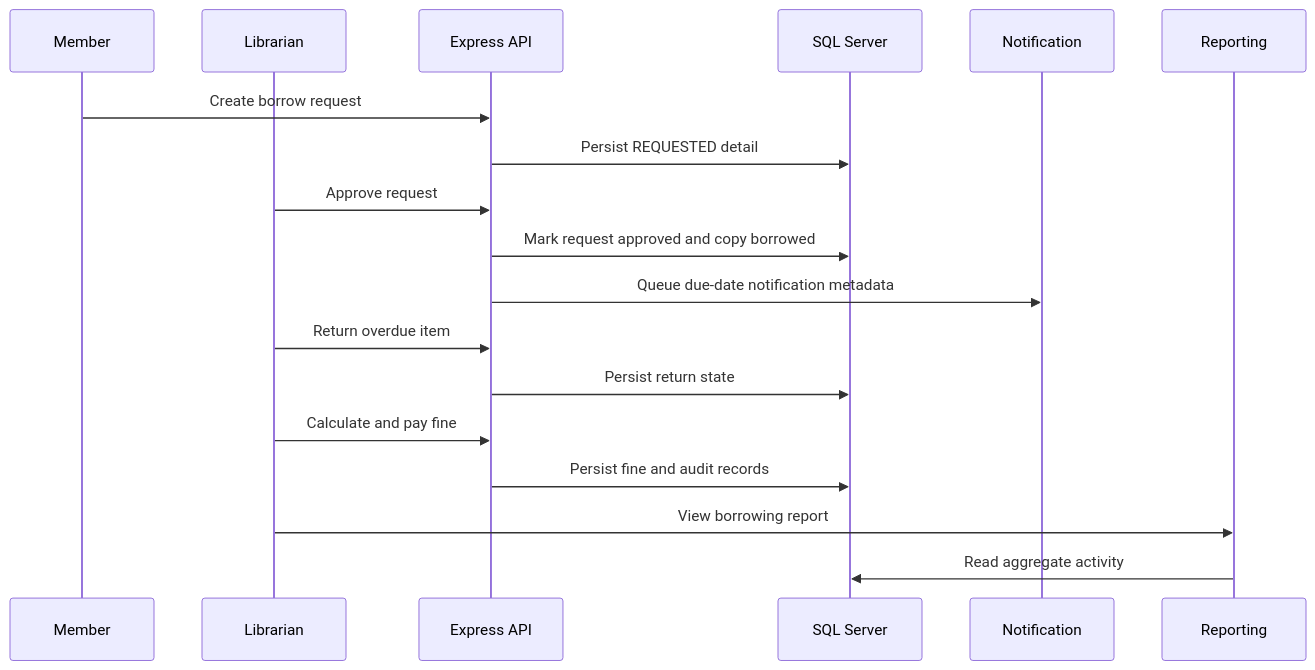
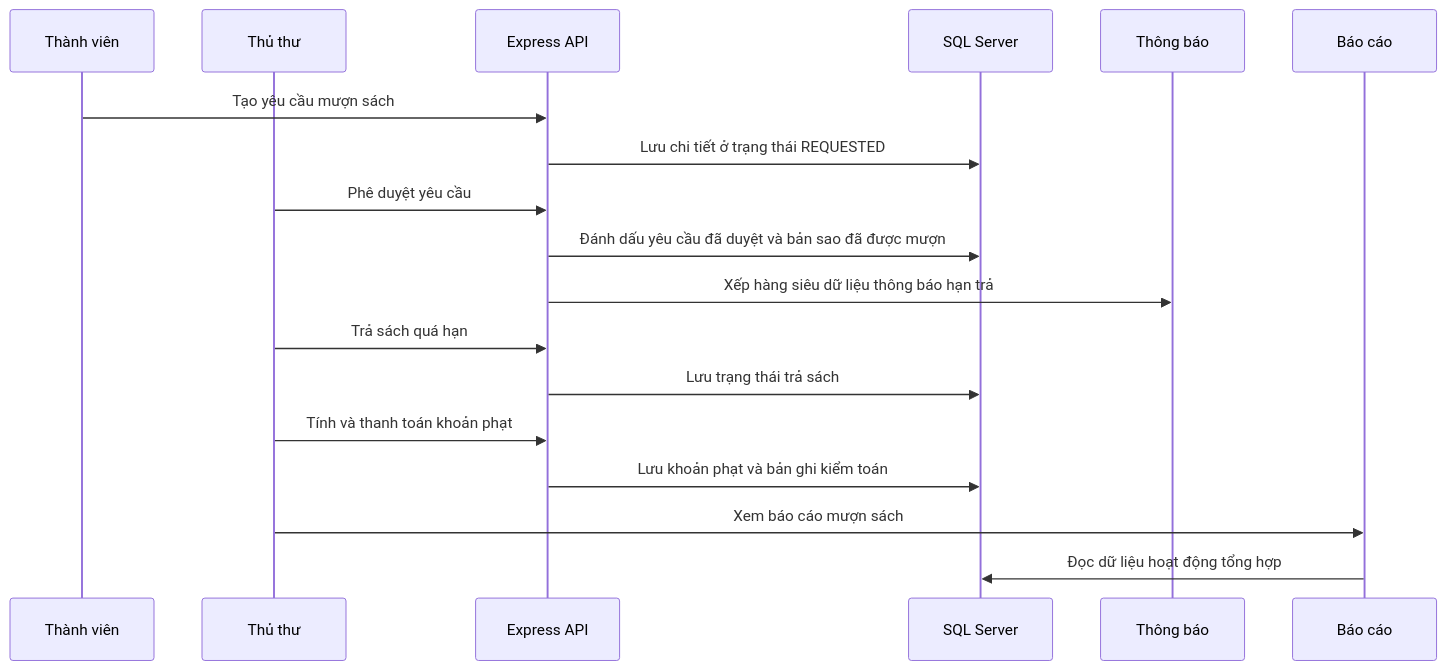
One commit to SWP391-LibraryManagement/LibraryManagement changed the third of 4 diagrams in docs/architecture/system-architecture.md. Above: the diagram before and after it, drawn with Mermaid. The commit also changed other lines of this file and 9 other files, not shown here.

````diff
--- a/docs/architecture/system-architecture.md
+++ b/docs/architecture/system-architecture.md
@@ -62,21 +63,21 @@
 ```mermaid
 sequenceDiagram
-  participant M as Member
-  participant L as Librarian
+  participant M as Thành viên
+  participant L as Thủ thư
   participant API as Express API
   participant DB as SQL Server
-  participant N as Notification
-  participant R as Reporting
+  participant N as Thông báo
+  participant R as Báo cáo
 
-  M->>API: Create borrow request
-  API->>DB: Persist REQUESTED detail
-  L->>API: Approve request
-  API->>DB: Mark request approved and copy borrowed
-  API->>N: Queue due-date notification metadata
-  L->>API: Return overdue item
-  API->>DB: Persist return state
-  L->>API: Calculate and pay fine
-  API->>DB: Persist fine and audit records
-  L->>R: View borrowing report
-  R->>DB: Read aggregate activity
+  M->>API: Tạo yêu cầu mượn sách
+  API->>DB: Lưu chi tiết ở trạng thái REQUESTED
+  L->>API: Phê duyệt yêu cầu
+  API->>DB: Đánh dấu yêu cầu đã duyệt và bản sao đã được mượn
+  API->>N: Xếp hàng siêu dữ liệu thông báo hạn trả
+  L->>API: Trả sách quá hạn
+  API->>DB: Lưu trạng thái trả sách
+  L->>API: Tính và thanh toán khoản phạt
+  API->>DB: Lưu khoản phạt và bản ghi kiểm toán
+  L->>R: Xem báo cáo mượn sách
+  R->>DB: Đọc dữ liệu hoạt động tổng hợp
 ```
````
